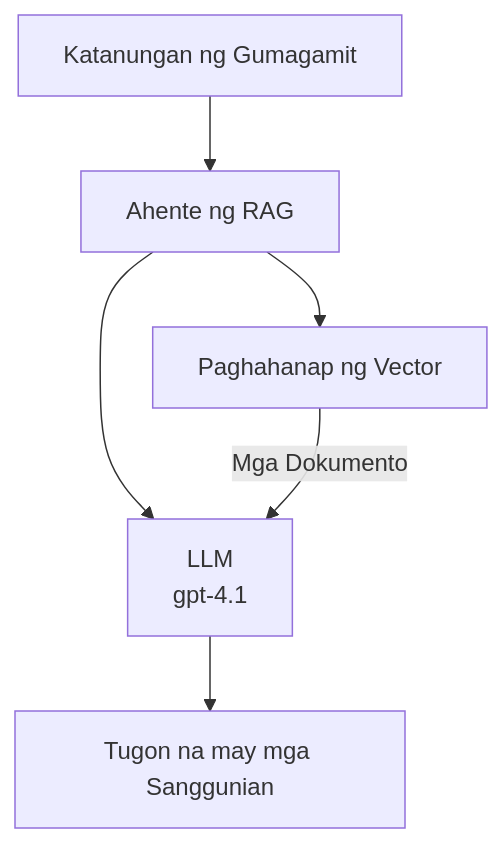
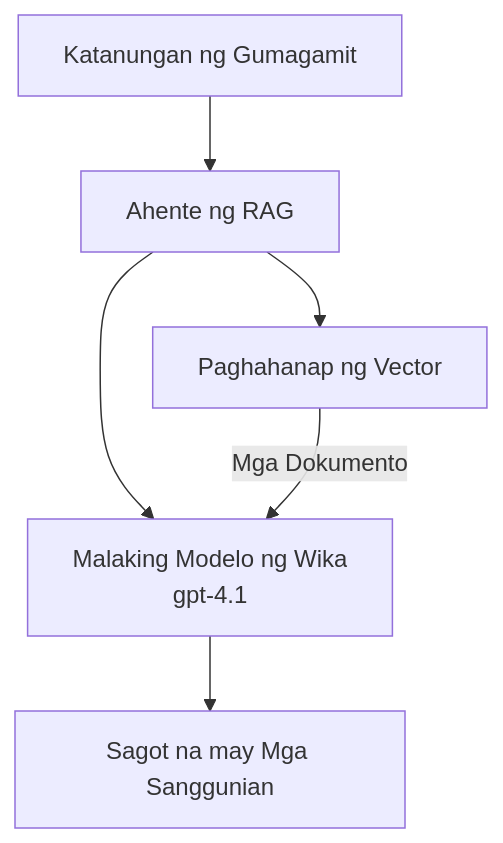
Before and after one commit to microsoft/AZD-for-beginners: the second of 3 diagrams in translations/tl/docs/chapter-02-ai-development/agents.md, drawn with Mermaid. The commit also changed other lines of this file and 101 other files, not shown here.

````diff
--- a/translations/tl/docs/chapter-02-ai-development/agents.md
+++ b/translations/tl/docs/chapter-02-ai-development/agents.md
@@ -170,8 +175,8 @@
 ```mermaid
 graph TD
     Query[Katanungan ng Gumagamit] --> RAG[Ahente ng RAG]
     RAG --> Vector[Paghahanap ng Vector]
-    RAG --> LLM[LLM<br/>gpt-4.1]
+    RAG --> LLM[Malaking Modelo ng Wika<br/>gpt-4.1]
     Vector -- Mga Dokumento --> LLM
-    LLM --> Response[Tugon na may mga Sanggunian]
+    LLM --> Response[Sagot na may Mga Sanggunian]
 ```
````
